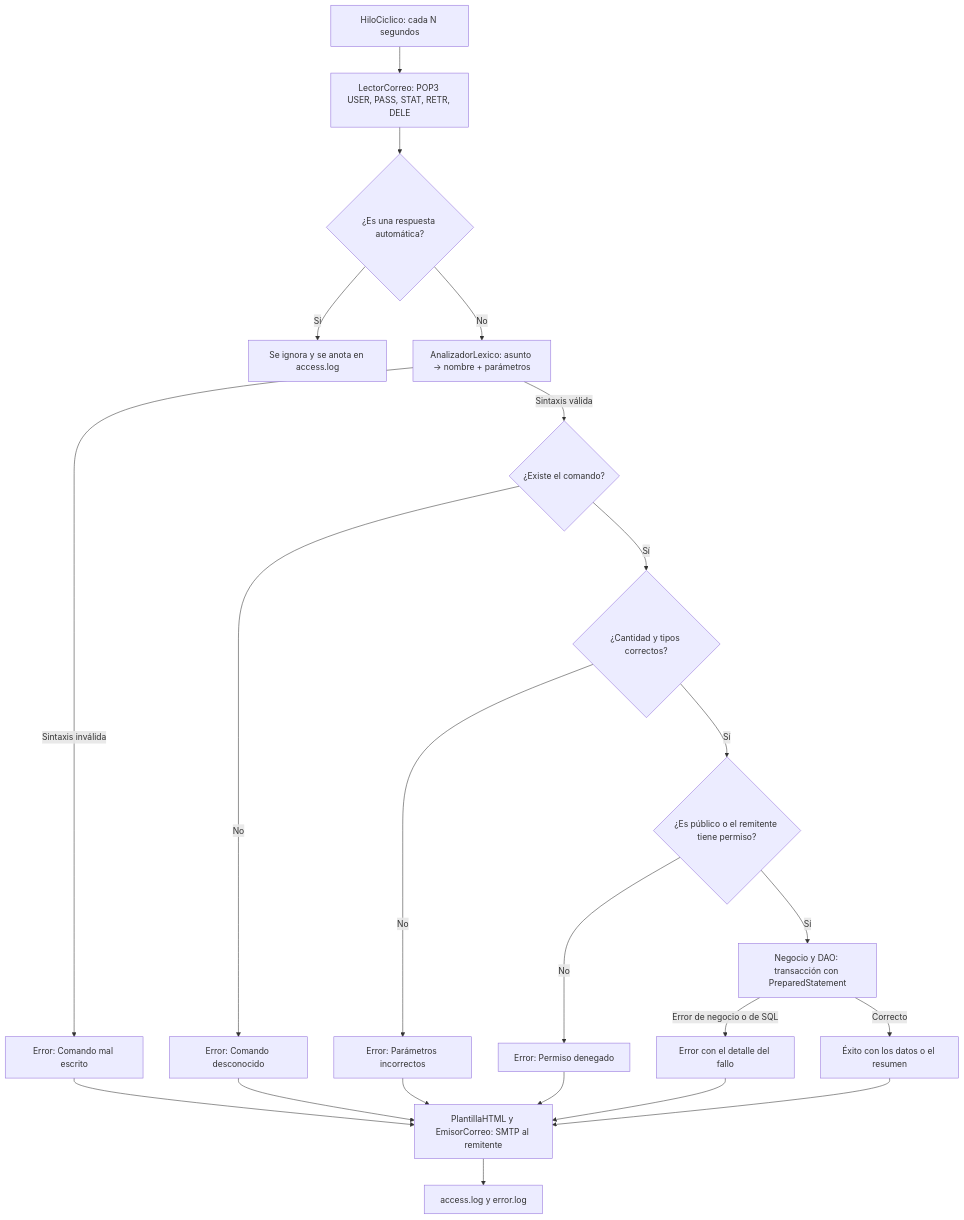
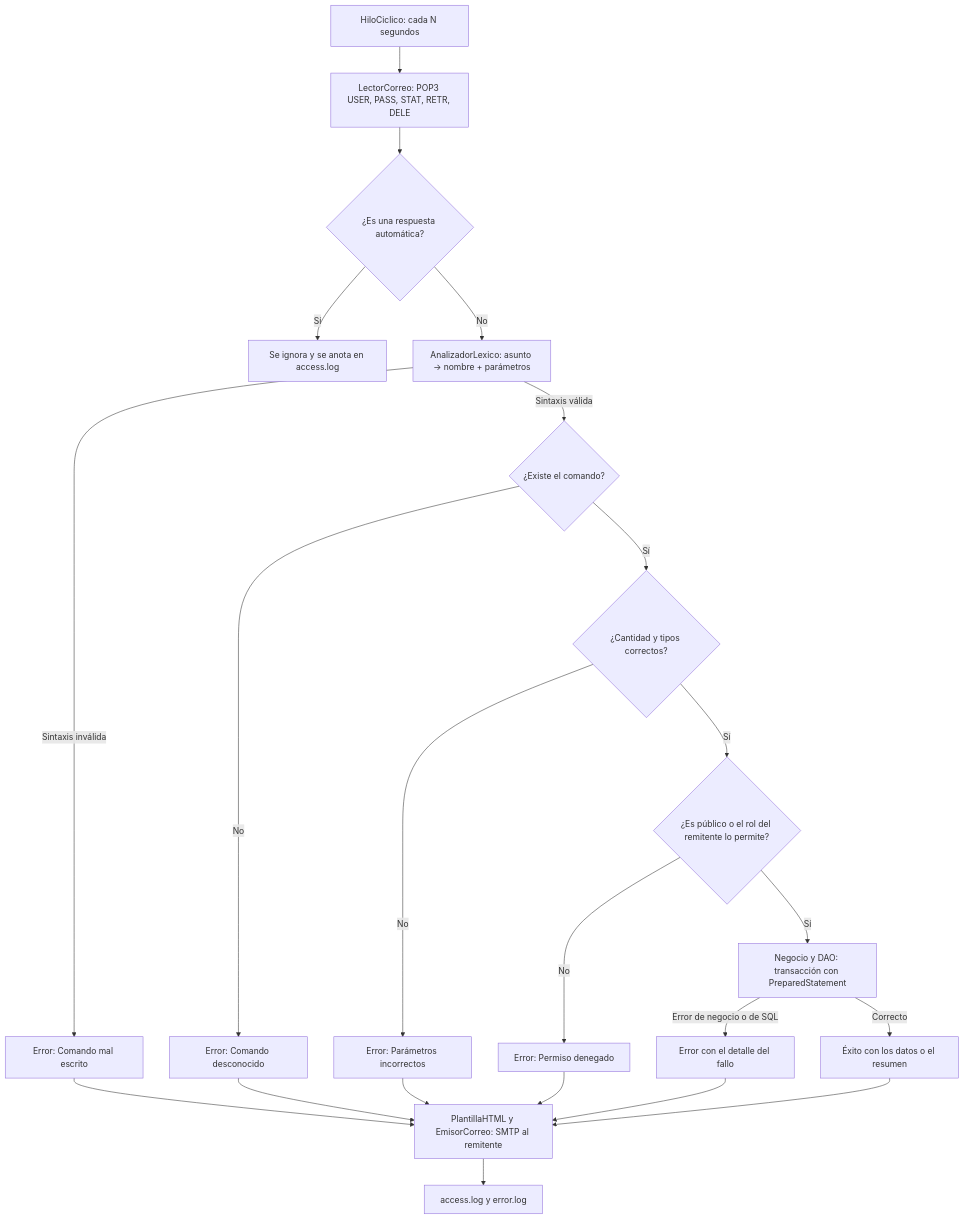
Before and after one commit to Joabits/inf513-proyecto1: the diagram in README.md, drawn with Mermaid. The commit also changed other lines of this file and 17 other files, not shown here.

````diff
--- a/README.md
+++ b/README.md
@@ -60,19 +60,19 @@
 ```mermaid
 flowchart TD
     A[HiloCiclico: cada N segundos] --> B[LectorCorreo: POP3 USER, PASS, STAT, RETR, DELE]
     B --> C{¿Es una respuesta automática?}
     C -- Sí --> Z[Se ignora y se anota en access.log]
     C -- No --> D[AnalizadorLexico: asunto → nombre + parámetros]
     D -- Sintaxis inválida --> E[Error: Comando mal escrito]
     D -- Sintaxis válida --> F{¿Existe el comando?}
     F -- No --> G[Error: Comando desconocido]
     F -- Sí --> H{¿Cantidad y tipos correctos?}
     H -- No --> I[Error: Parámetros incorrectos]
-    H -- Sí --> J{¿Es público o el remitente tiene permiso?}
+    H -- Sí --> J{¿Es público o el rol del remitente lo permite?}
     J -- No --> K[Error: Permiso denegado]
     J -- Sí --> L[Negocio y DAO: transacción con PreparedStatement]
     L -- Error de negocio o de SQL --> M[Error con el detalle del fallo]
     L -- Correcto --> N[Éxito con los datos o el resumen]
     E & G & I & K & M & N --> O[PlantillaHTML y EmisorCorreo: SMTP al remitente]
     O --> P[access.log y error.log]
 ```
````
